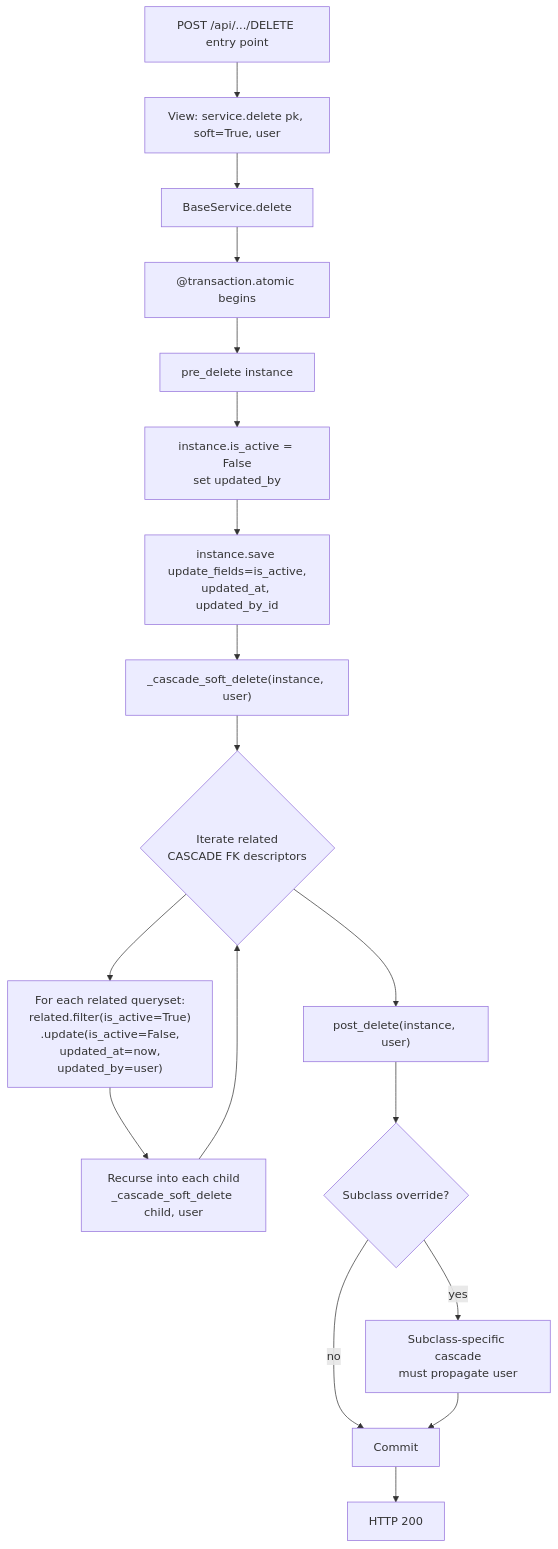
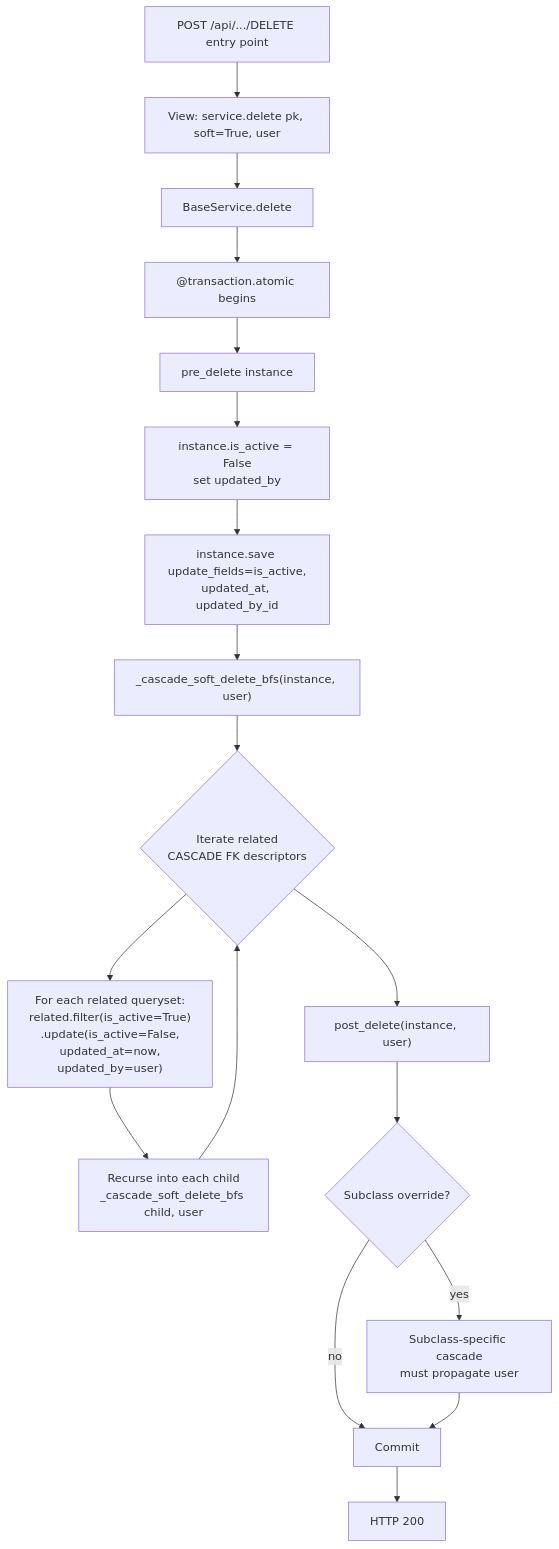
One commit to prajwalmahajan101/django_boilerplate changed the second of 2 diagrams in docs/audit-trail.md. Above: the diagram before and after it, drawn with Mermaid. The commit also changed other lines of this file and 3 other files, not shown here.

First line of the commit message:
refactor(core): rename for clarity — _cascade_soft_delete_bfs, _run_task_safely

````diff
--- a/docs/audit-trail.md
+++ b/docs/audit-trail.md
@@ -62,20 +62,20 @@
 ```mermaid
 flowchart TD
     A[POST /api/.../DELETE entry point] --> B[View: service.delete pk, soft=True, user]
     B --> C[BaseService.delete]
     C --> D["@transaction.atomic begins"]
     D --> E[pre_delete instance]
     E --> F[instance.is_active = False<br/>set updated_by]
     F --> G[instance.save update_fields=is_active,<br/>updated_at, updated_by_id]
-    G --> H["_cascade_soft_delete(instance, user)"]
+    G --> H["_cascade_soft_delete_bfs(instance, user)"]
     H --> I{Iterate related<br/>CASCADE FK descriptors}
     I --> J["For each related queryset:<br/>related.filter(is_active=True)<br/>.update(is_active=False,<br/>updated_at=now,<br/>updated_by=user)"]
-    J --> K[Recurse into each child<br/>_cascade_soft_delete child, user]
+    J --> K[Recurse into each child<br/>_cascade_soft_delete_bfs child, user]
     K --> I
     I --> L["post_delete(instance, user)"]
     L --> M{Subclass override?}
     M -- yes --> N[Subclass-specific cascade<br/>must propagate user]
     M -- no --> O[Commit]
     N --> O
     O --> P[HTTP 200]
 ```
````
